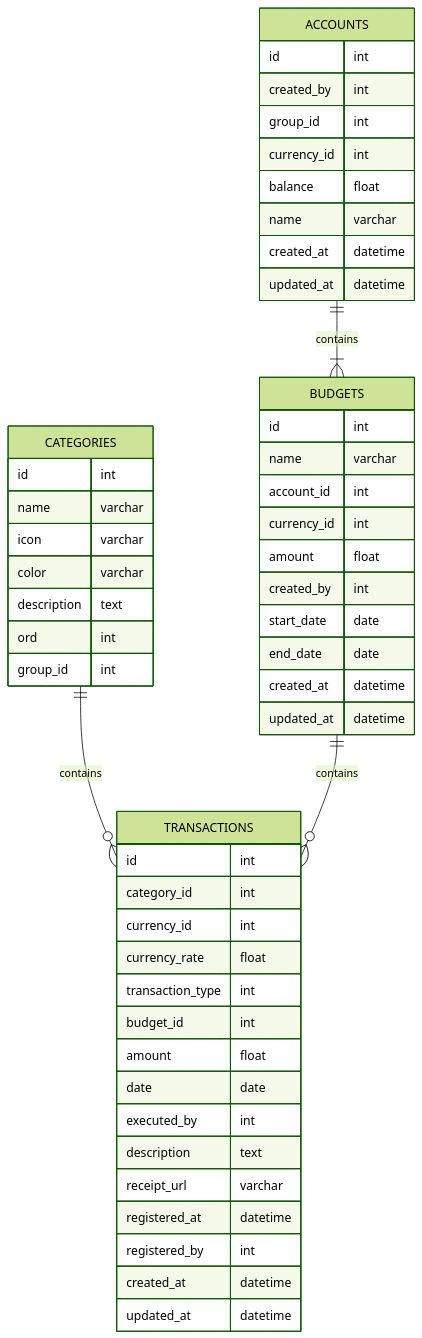
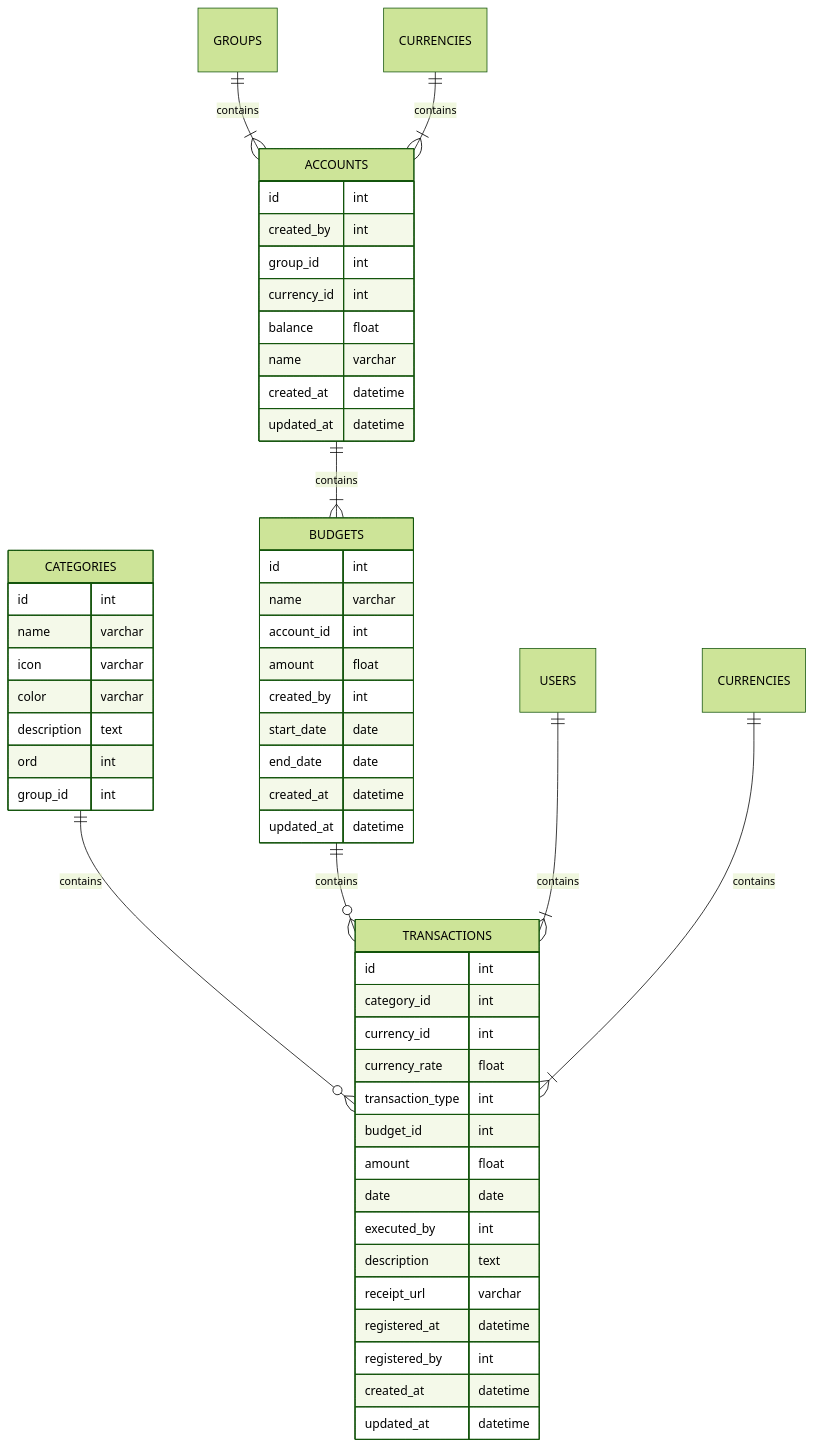
One commit to prulloac/fineasy changed the third of 6 diagrams in docs/SCHEMA.md. Above: the diagram before and after it, drawn with Mermaid (forest theme). The commit also changed 15 other files, not shown here.

````diff
--- a/docs/SCHEMA.md
+++ b/docs/SCHEMA.md
@@ -145,60 +145,66 @@
 ```mermaid
 
 erDiagram
     ACCOUNTS {
         id int
         created_by int
         group_id int
         currency_id int
         balance float
         name varchar
         created_at datetime
         updated_at datetime
     }
 
     BUDGETS {
         id int
         name varchar
         account_id int
-        currency_id int
         amount float
         created_by int
         start_date date
         end_date date
         created_at datetime
         updated_at datetime
     }
 
     CATEGORIES {
         id int
         name varchar
         icon varchar
         color varchar
         description text
         ord int
         group_id int
     }
 
     TRANSACTIONS {
         id int
         category_id int
         currency_id int
         currency_rate float
         transaction_type int
         budget_id int
         amount float
         date date
         executed_by int
         description text
         receipt_url varchar
         registered_at datetime
         registered_by int
         created_at datetime
         updated_at datetime
     }
 
+    c1[CURRENCIES]
+    c2[CURRENCIES]
+
     ACCOUNTS ||--|{ BUDGETS : contains
     CATEGORIES ||--o{ TRANSACTIONS : contains
     BUDGETS ||--o{ TRANSACTIONS : contains
+    USERS ||--|{ TRANSACTIONS : contains
+    GROUPS ||--|{ ACCOUNTS : contains
+    c1 ||--|{ ACCOUNTS : contains
+    c2 ||--|{ TRANSACTIONS : contains
 
 ```
````
